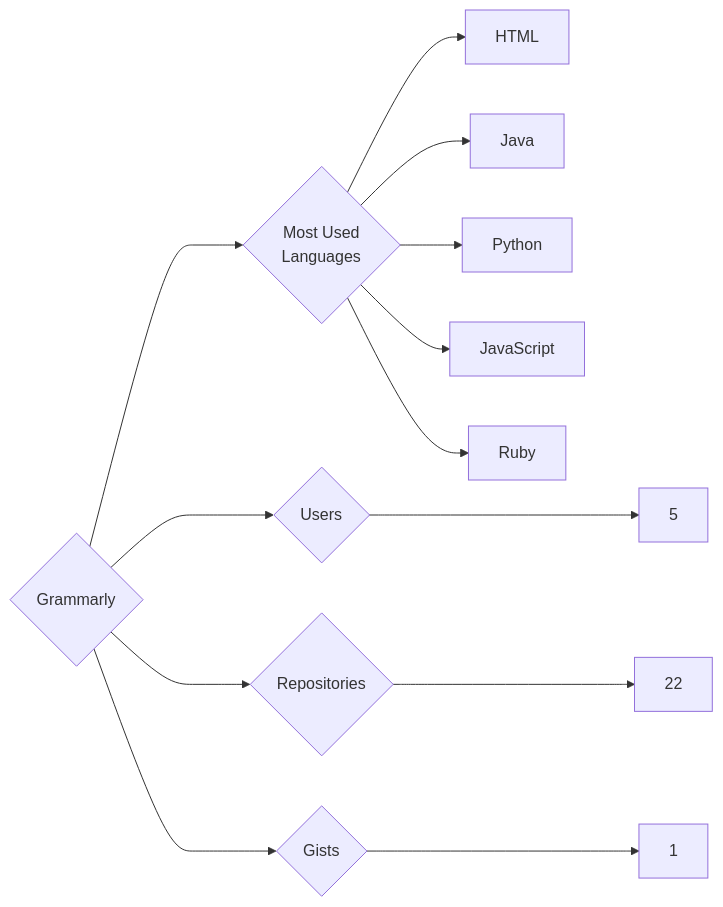
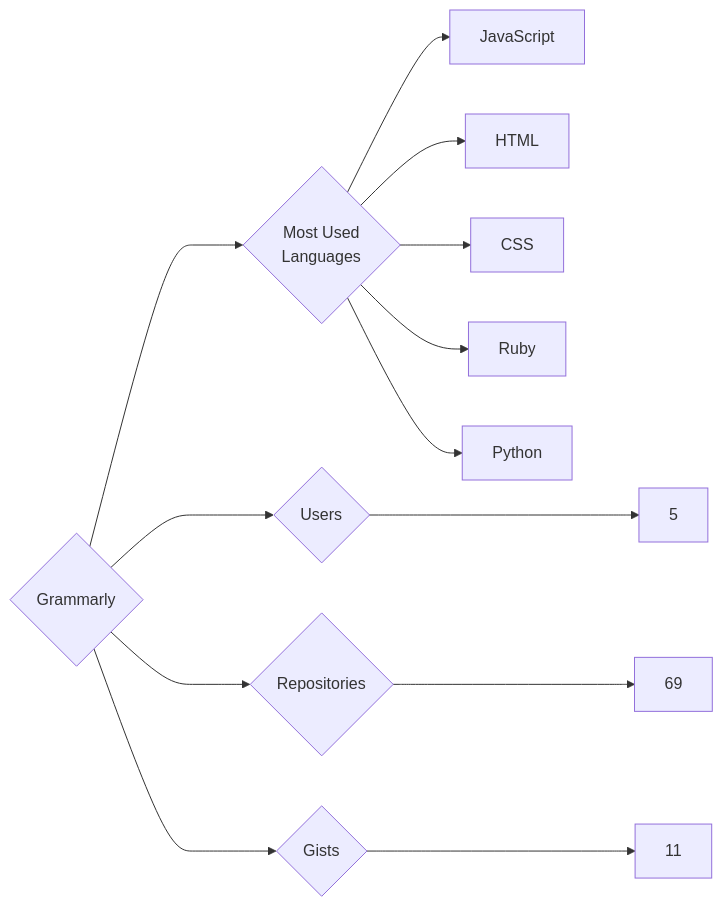
The diagram in targets/Grammarly/README.md (trickest/insiders), drawn with Mermaid before and after one commit. The commit also changed 1148 other files, not shown here.

````diff
--- a/targets/Grammarly/README.md
+++ b/targets/Grammarly/README.md
@@ -3,13 +3,13 @@
 ```mermaid
 graph LR
 COMPANY_NAME{Grammarly}
 COMPANY_NAME ---> U{Users} ---> UN[5]
-COMPANY_NAME ---> R{Repositories} ---> RN[22]
-COMPANY_NAME ---> G{Gists} ---> GN[1]
+COMPANY_NAME ---> R{Repositories} ---> RN[69]
+COMPANY_NAME ---> G{Gists} ---> GN[11]
 COMPANY_NAME ---> ML{Most Used<br>Languages}
+ML --> JavaScript[JavaScript]
 ML --> HTML[HTML]
-ML --> Java[Java]
+ML --> CSS[CSS]
+ML --> Ruby[Ruby]
 ML --> Python[Python]
-ML --> JavaScript[JavaScript]
-ML --> Ruby[Ruby]
 ```
````
